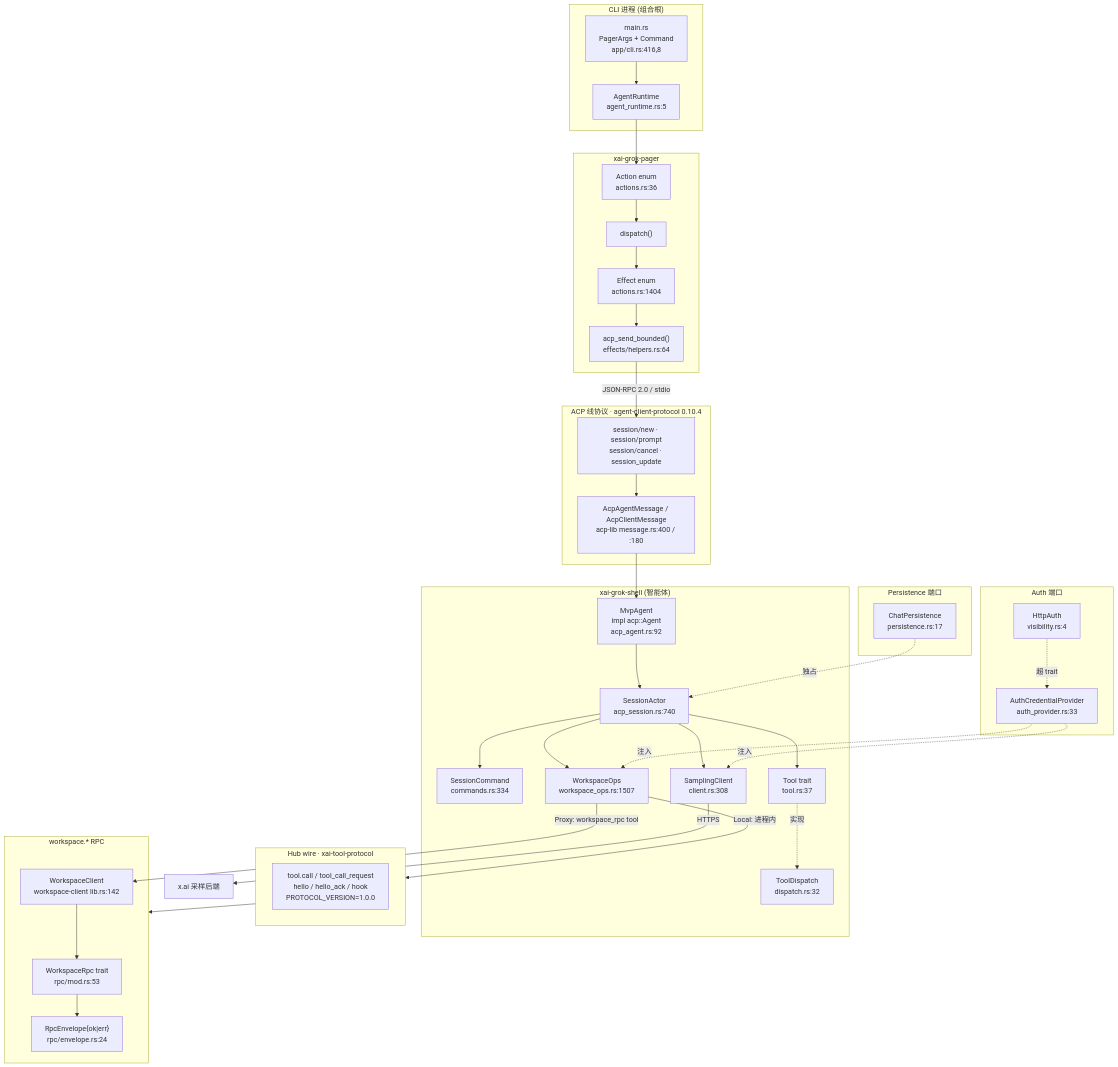
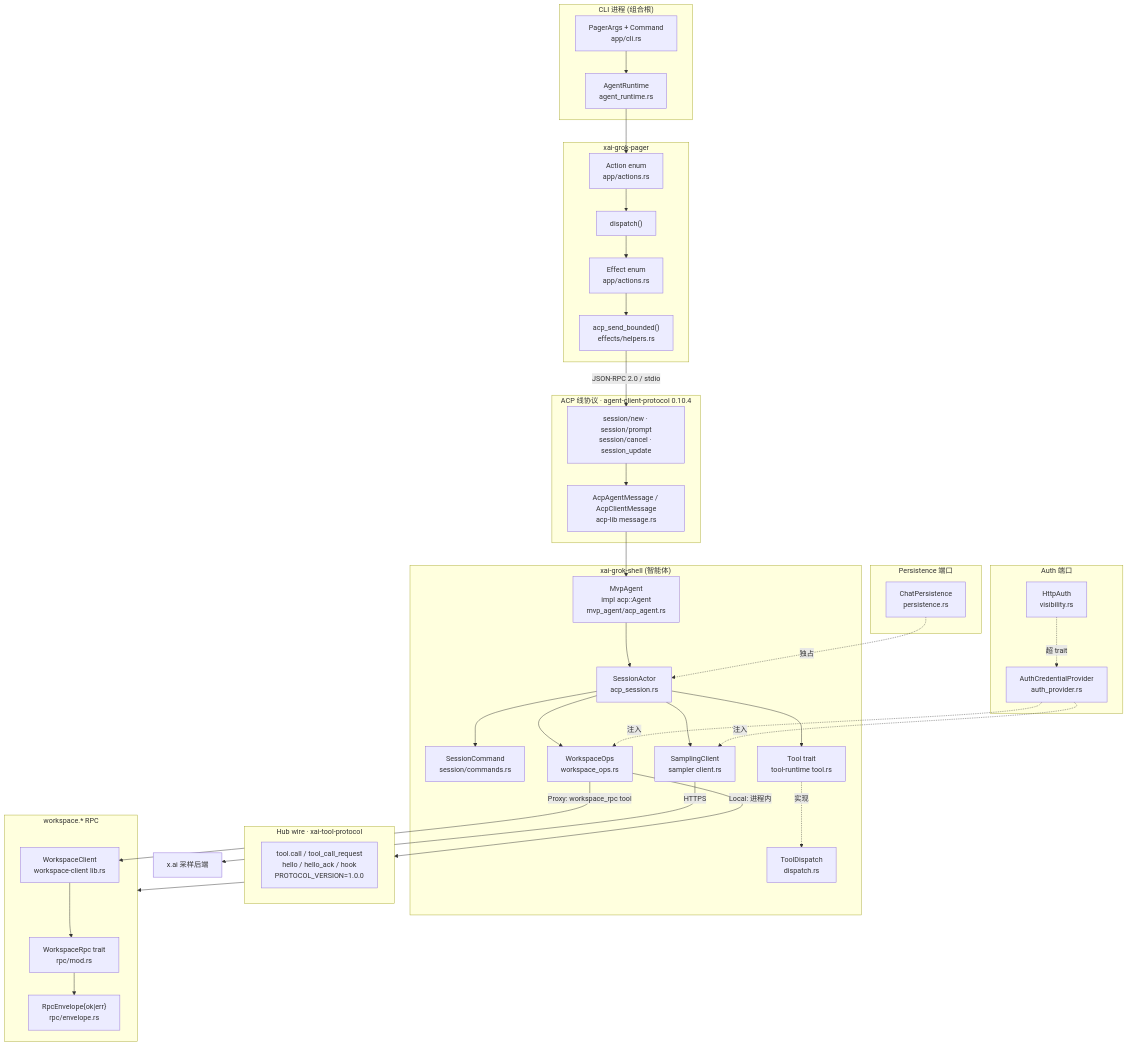
One commit to adrian9778/grok-build changed the diagram in docs/adrian/sourceReader/05-API与接口设计.md. Above: the diagram before and after it, drawn with Mermaid. The commit also changed other lines of this file and 23 other files, not shown here.

````diff
--- a/docs/adrian/sourceReader/05-API与接口设计.md
+++ b/docs/adrian/sourceReader/05-API与接口设计.md
@@ -100,60 +104,60 @@
 ```mermaid
 flowchart TB
     subgraph CLI["CLI 进程 (组合根)"]
-        MR["main.rs<br/>PagerArgs + Command<br/>app/cli.rs:416,8"]
-        RT["AgentRuntime<br/>agent_runtime.rs:5"]
+        MR["PagerArgs + Command<br/>app/cli.rs"]
+        RT["AgentRuntime<br/>agent_runtime.rs"]
     end
     subgraph PAGER["xai-grok-pager"]
-        ACT["Action enum<br/>actions.rs:36"]
+        ACT["Action enum<br/>app/actions.rs"]
         DISP["dispatch()"]
-        EFF["Effect enum<br/>actions.rs:1404"]
-        ACS["acp_send_bounded()<br/>effects/helpers.rs:64"]
+        EFF["Effect enum<br/>app/actions.rs"]
+        ACS["acp_send_bounded()<br/>effects/helpers.rs"]
     end
     subgraph ACP["ACP 线协议 · agent-client-protocol 0.10.4"]
         WIRE["session/new · session/prompt<br/>session/cancel · session_update"]
-        GATE["AcpAgentMessage / AcpClientMessage<br/>acp-lib message.rs:400 / :180"]
+        GATE["AcpAgentMessage / AcpClientMessage<br/>acp-lib message.rs"]
     end
     subgraph SHELL["xai-grok-shell (智能体)"]
-        MA["MvpAgent<br/>impl acp::Agent<br/>acp_agent.rs:92"]
-        SA["SessionActor<br/>acp_session.rs:740"]
-        SC["SessionCommand<br/>commands.rs:334"]
-        TOOL["Tool trait<br/>tool.rs:37"]
-        TD["ToolDispatch<br/>dispatch.rs:32"]
-        WO["WorkspaceOps<br/>workspace_ops.rs:1507"]
-        SCli["SamplingClient<br/>client.rs:308"]
+        MA["MvpAgent<br/>impl acp::Agent<br/>mvp_agent/acp_agent.rs"]
+        SA["SessionActor<br/>acp_session.rs"]
+        SC["SessionCommand<br/>session/commands.rs"]
+        TOOL["Tool trait<br/>tool-runtime tool.rs"]
+        TD["ToolDispatch<br/>dispatch.rs"]
+        WO["WorkspaceOps<br/>workspace_ops.rs"]
+        SCli["SamplingClient<br/>sampler client.rs"]
     end
     subgraph HUB["Hub wire · xai-tool-protocol"]
         HW["tool.call / tool_call_request<br/>hello / hello_ack / hook<br/>PROTOCOL_VERSION=1.0.0"]
     end
     subgraph WRPC["workspace.* RPC"]
-        WR["WorkspaceRpc trait<br/>rpc/mod.rs:53"]
-        RE["RpcEnvelope{ok|err}<br/>rpc/envelope.rs:24"]
-        WC["WorkspaceClient<br/>workspace-client lib.rs:142"]
+        WR["WorkspaceRpc trait<br/>rpc/mod.rs"]
+        RE["RpcEnvelope{ok|err}<br/>rpc/envelope.rs"]
+        WC["WorkspaceClient<br/>workspace-client lib.rs"]
     end
     subgraph AUTH["Auth 端口"]
-        ACP2["AuthCredentialProvider<br/>auth_provider.rs:33"]
-        HA["HttpAuth<br/>visibility.rs:4"]
+        ACP2["AuthCredentialProvider<br/>auth_provider.rs"]
+        HA["HttpAuth<br/>visibility.rs"]
     end
     subgraph PERS["Persistence 端口"]
-        CP["ChatPersistence<br/>persistence.rs:17"]
+        CP["ChatPersistence<br/>persistence.rs"]
     end
 
     MR --> RT --> ACT
     ACT --> DISP --> EFF --> ACS -->|"JSON-RPC 2.0 / stdio"| WIRE
     WIRE --> GATE --> MA
     MA --> SA --> SC
     SA --> TOOL
     TOOL -.实现.-> TD
     SA --> WO
     SA --> SCli
     SCli -->|HTTPS| XAI["x.ai 采样后端"]
     WO -->|"Local: 进程内"| HUB
     WO -->|"Proxy: workspace_rpc tool"| WC
     WC --> WR
     WR --> RE
     HUB --> WRPC
     ACP2 -.注入.-> SCli
     ACP2 -.注入.-> WO
     HA -.超 trait.-> ACP2
     CP -.独占.-> SA
 ```
````
